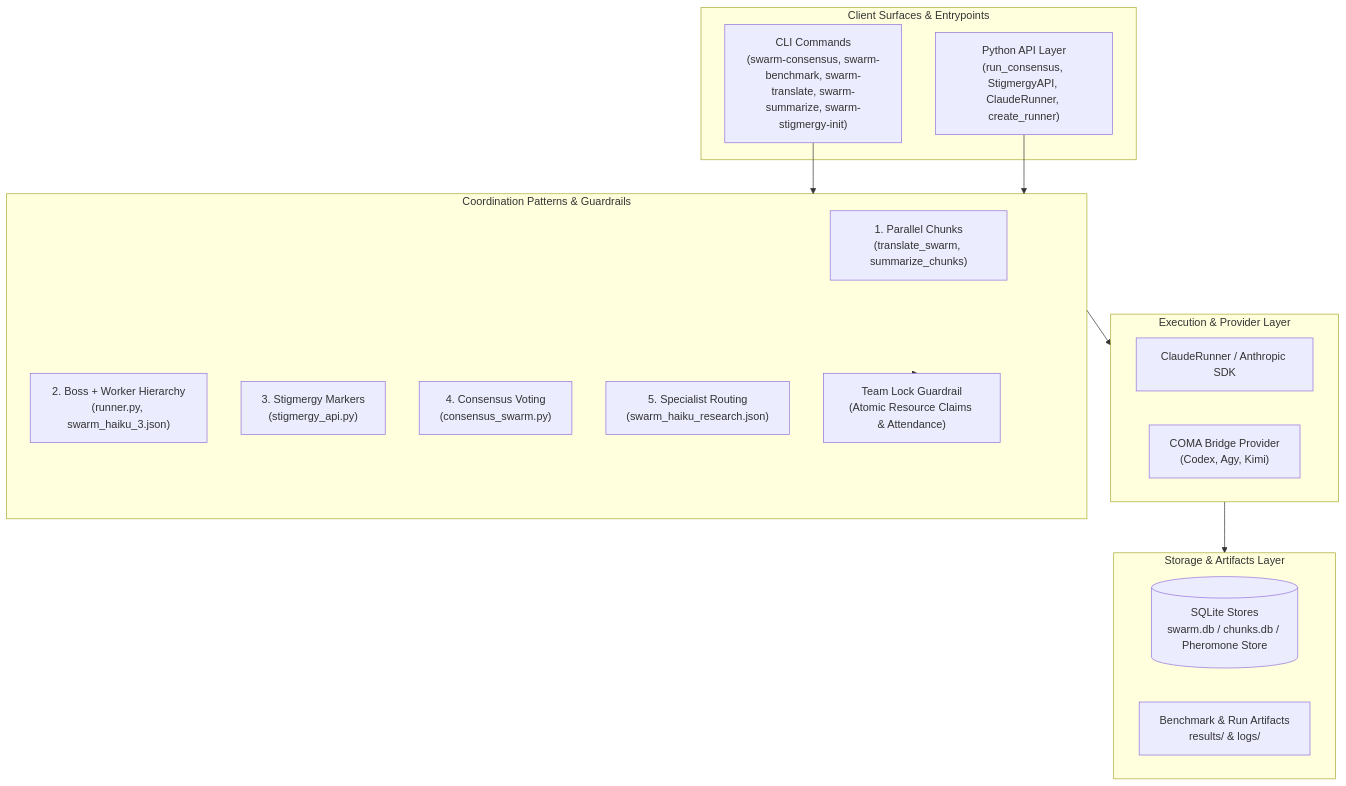
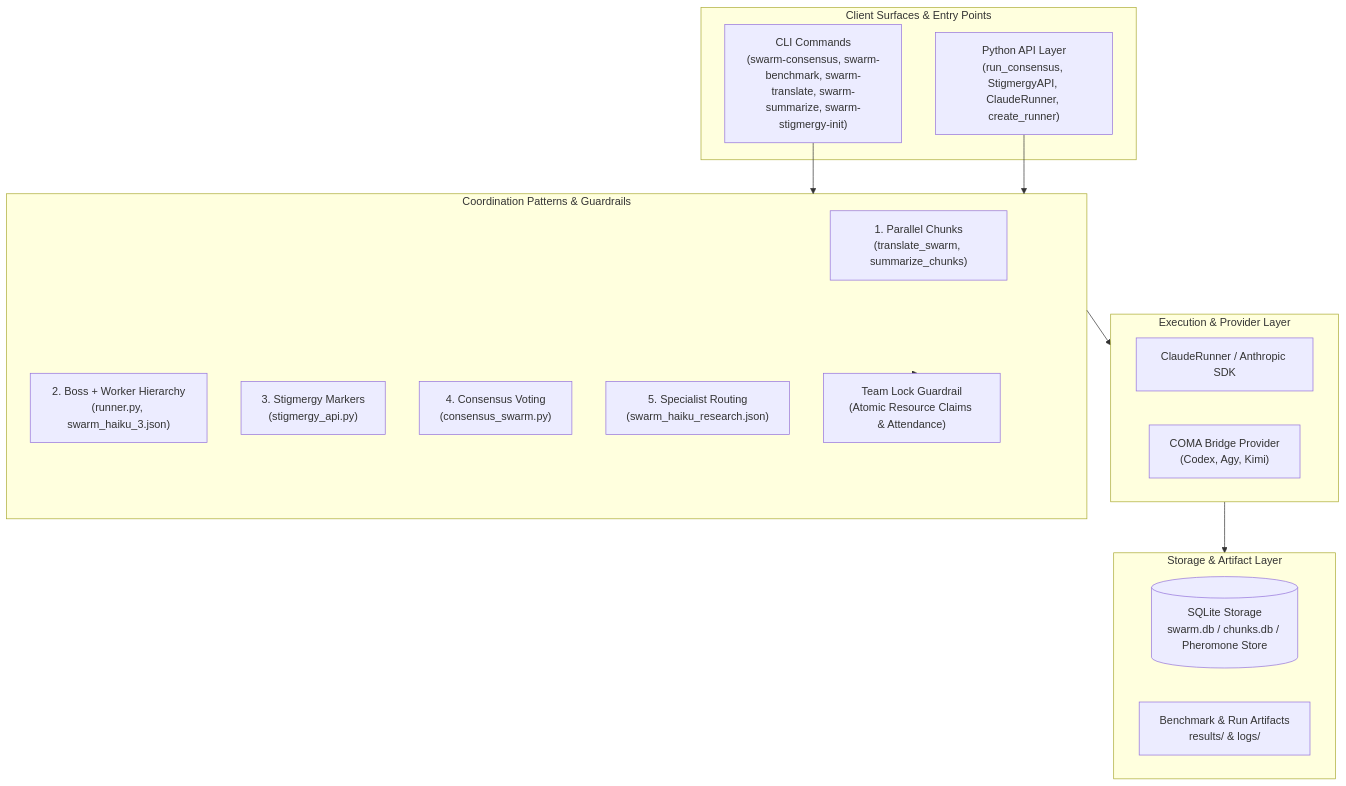
One commit to cschanhniem/swarm-ai changed the first of 2 diagrams in README.md. Above: the diagram before and after it, drawn with Mermaid. The commit also changed other lines of this file and 7 other files, not shown here.

````diff
--- a/README.md
+++ b/README.md
@@ -64,32 +158,32 @@
 ```mermaid
 flowchart TB
-    subgraph Client["Client Surfaces & Entrypoints"]
+    subgraph Client["Client Surfaces & Entry Points"]
         CLI["CLI Commands<br/>(swarm-consensus, swarm-benchmark, swarm-translate, swarm-summarize, swarm-stigmergy-init)"]
         API["Python API Layer<br/>(run_consensus, StigmergyAPI, ClaudeRunner, create_runner)"]
     end
 
     subgraph Coordination["Coordination Patterns & Guardrails"]
         P1["1. Parallel Chunks<br/>(translate_swarm, summarize_chunks)"]
         P2["2. Boss + Worker Hierarchy<br/>(runner.py, swarm_haiku_3.json)"]
         P3["3. Stigmergy Markers<br/>(stigmergy_api.py)"]
         P4["4. Consensus Voting<br/>(consensus_swarm.py)"]
         P5["5. Specialist Routing<br/>(swarm_haiku_research.json)"]
         TL["Team Lock Guardrail<br/>(Atomic Resource Claims & Attendance)"]
     end
 
     subgraph Execution["Execution & Provider Layer"]
         CR["ClaudeRunner / Anthropic SDK"]
         COMA["COMA Bridge Provider<br/>(Codex, Agy, Kimi)"]
     end
 
-    subgraph Storage["Storage & Artifacts Layer"]
-        DB[(SQLite Stores<br/>swarm.db / chunks.db / Pheromone Store)]
+    subgraph Storage["Storage & Artifact Layer"]
+        DB[("SQLite Storage<br/>swarm.db / chunks.db / Pheromone Store")]
         RES["Benchmark & Run Artifacts<br/>results/ & logs/"]
     end
 
     CLI --> Coordination
     API --> Coordination
     Coordination --> TL
     Coordination --> Execution
     Execution --> Storage
 ```
````
